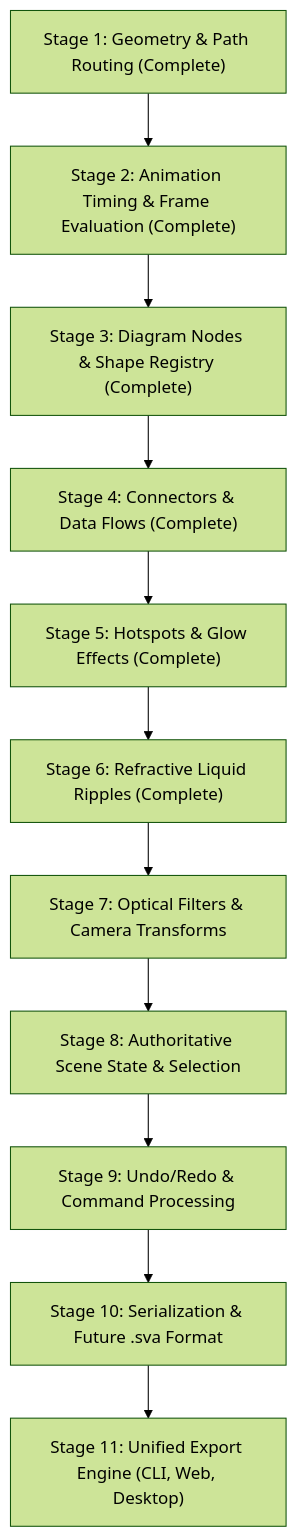
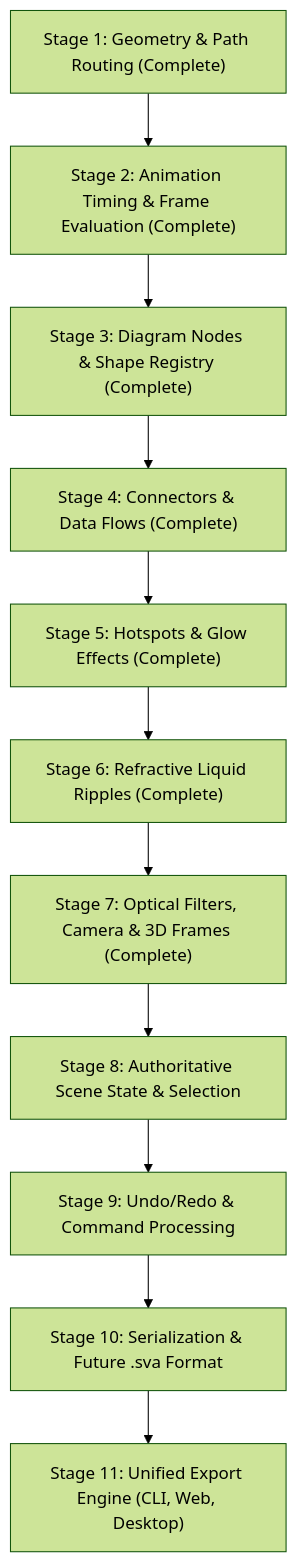
The diagram in docs/architecture/wasm-migration-roadmap.md (elric-seaoffate/svg-animator), drawn with Mermaid (forest theme) before and after one commit. The commit also changed other lines of this file and 16 other files, not shown here.

````diff
--- a/docs/architecture/wasm-migration-roadmap.md
+++ b/docs/architecture/wasm-migration-roadmap.md
@@ -101,13 +101,13 @@
 ```mermaid
 flowchart TD
     S1["Stage 1: Geometry & Path Routing (Complete)"] --> S2["Stage 2: Animation Timing & Frame Evaluation (Complete)"]
     S2 --> S3["Stage 3: Diagram Nodes & Shape Registry (Complete)"]
     S3 --> S4["Stage 4: Connectors & Data Flows (Complete)"]
     S4 --> S5["Stage 5: Hotspots & Glow Effects (Complete)"]
     S5 --> S6["Stage 6: Refractive Liquid Ripples (Complete)"]
-    S6 --> S7["Stage 7: Optical Filters & Camera Transforms"]
+    S6 --> S7["Stage 7: Optical Filters, Camera & 3D Frames (Complete)"]
     S7 --> S8["Stage 8: Authoritative Scene State & Selection"]
     S8 --> S9["Stage 9: Undo/Redo & Command Processing"]
     S9 --> S10["Stage 10: Serialization & Future .sva Format"]
     S10 --> S11["Stage 11: Unified Export Engine (CLI, Web, Desktop)"]
 ```
````
